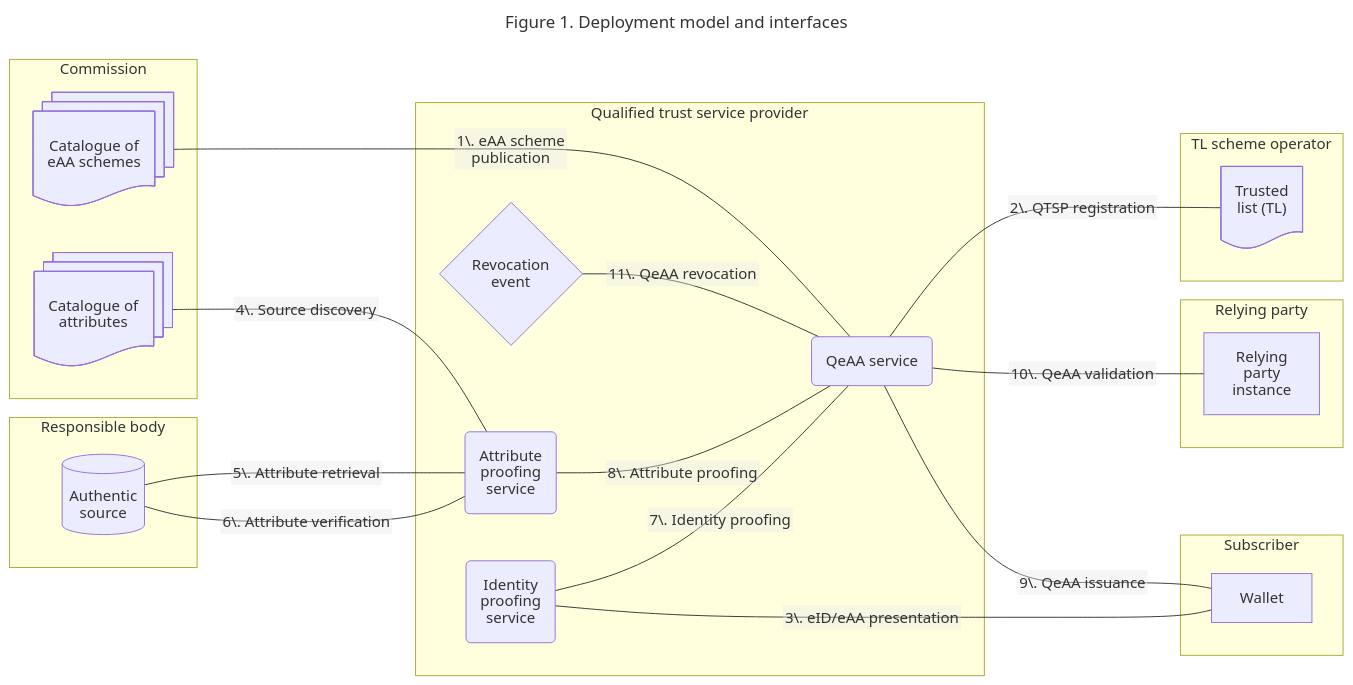
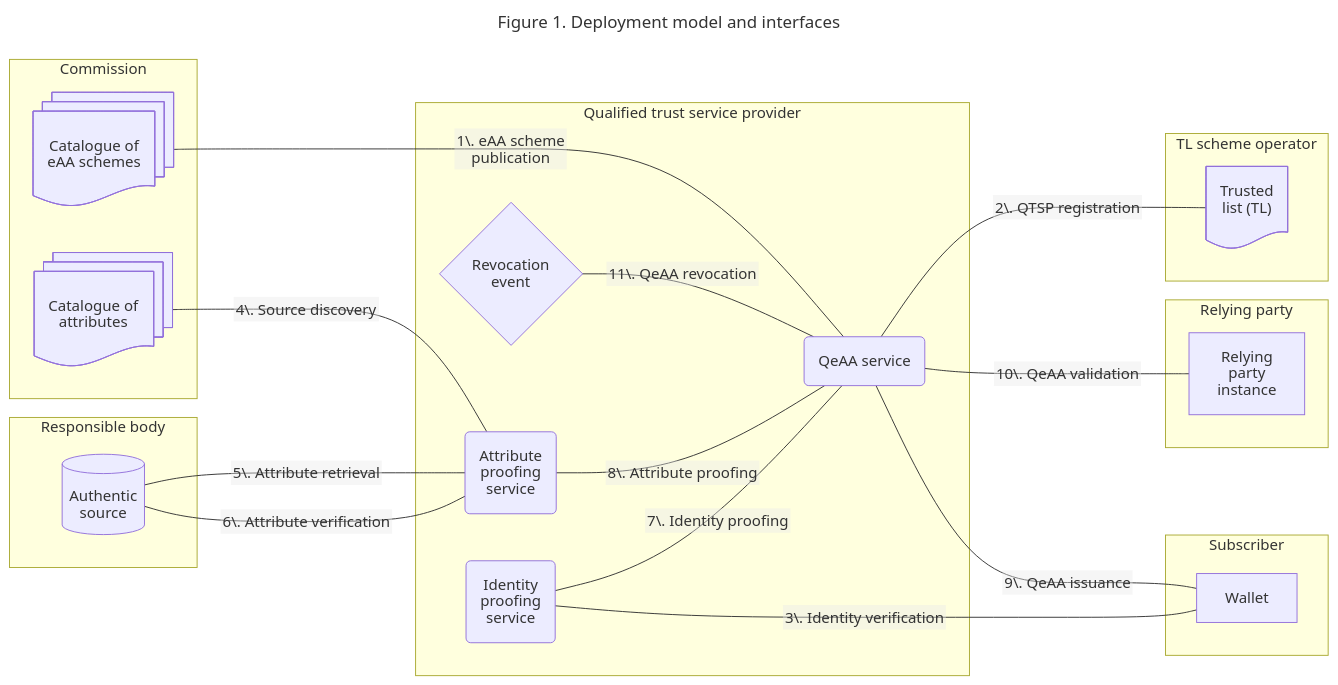
The first of 4 diagrams in docs/qeaa/architecture.md (webuild-consortium/wp4-qtsp-group), drawn with Mermaid before and after one commit. The commit also changed other lines of this file, not shown here.

````diff
--- a/docs/qeaa/architecture.md
+++ b/docs/qeaa/architecture.md
@@ -48,55 +48,55 @@
 ```mermaid
 ---
 title: Figure 1. Deployment model and interfaces
 config:
   htmlLabels: false
   markdownAutoWrap: true
   flowchart:
     #defaultRenderer: "elk"
 ---
 flowchart LR
 subgraph Responsible body
     AS[Authentic
     source]@{shape: cyl}
 end
 subgraph EC[Commission]
     CatAtt[Catalogue of
     attributes]@{shape: docs}
     CatSch[Catalogue of
     eAA schemes]@{shape: docs}
 end
 subgraph QTSP[Qualified trust service provider]
     APS[Attribute
     proofing
     service]@{shape: rounded}
     IPS[Identity
     proofing
     service]@{shape: rounded}
     EAAS["QeAA service"]@{shape: rounded}
     Rev[Revocation
     event]@{shape: diamond}
 end
 subgraph Sub[Subscriber]
     Wallet
 end
 subgraph Relying party
     RP["Relying
     party
     instance"]
 end
 subgraph "TL scheme operator"
     TL["Trusted
     list (TL)"]@{shape: doc}
 end
 CatSch ---|1\. eAA scheme publication| EAAS
 EAAS   ---|2\. QTSP registration     | TL
 EAAS   ---|9\. QeAA issuance         | Wallet
-IPS    ---|3\. eID/eAA presentation  | Wallet
+IPS    ---|3\. Identity verification | Wallet
 CatAtt ---|4\. Source discovery      | APS
 AS     ---|5\. Attribute retrieval   | APS
 AS     ---|6\. Attribute verification| APS
 Rev    ---|11\. QeAA revocation      | EAAS
 APS    ---|8\. Attribute proofing   | EAAS
 IPS    ---|7\. Identity proofing     | EAAS
 EAAS   ---|10\. QeAA validation       | RP
 ```
````
